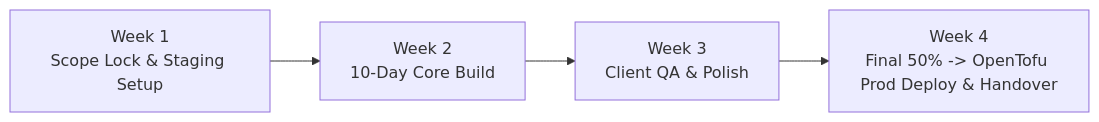
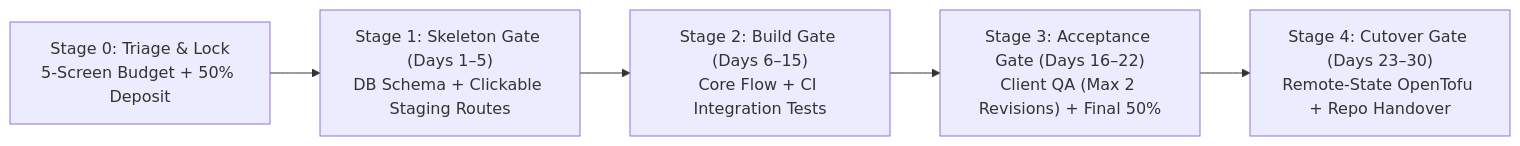
Before and after one commit to Markism-JA/StudioPlan: the second of 2 diagrams in OFFER_CATALOG.md, drawn with Mermaid. The commit also changed other lines of this file and 5 other files, not shown here.

````diff
--- a/OFFER_CATALOG.md
+++ b/OFFER_CATALOG.md
@@ -132,6 +143,7 @@
 ```mermaid
 flowchart LR
-    W1["Week 1\nScope Lock & Staging Setup"] --> W2["Week 2\n10-Day Core Build"]
-    W2 --> W3["Week 3\nClient QA & Polish"]
-    W3 --> W4["Week 4\nFinal 50% -> OpenTofu Prod Deploy & Handover"]
+    G0["Stage 0: Triage & Lock\n5-Screen Budget + 50% Deposit"] --> G1["Stage 1: Skeleton Gate (Days 1–5)\nDB Schema + Clickable Staging Routes"]
+    G1 --> G2["Stage 2: Build Gate (Days 6–15)\nCore Flow + CI Integration Tests"]
+    G2 --> G3["Stage 3: Acceptance Gate (Days 16–22)\nClient QA (Max 2 Revisions) + Final 50%"]
+    G3 --> G4["Stage 4: Cutover Gate (Days 23–30)\nRemote-State OpenTofu + Repo Handover"]
 ```
````
